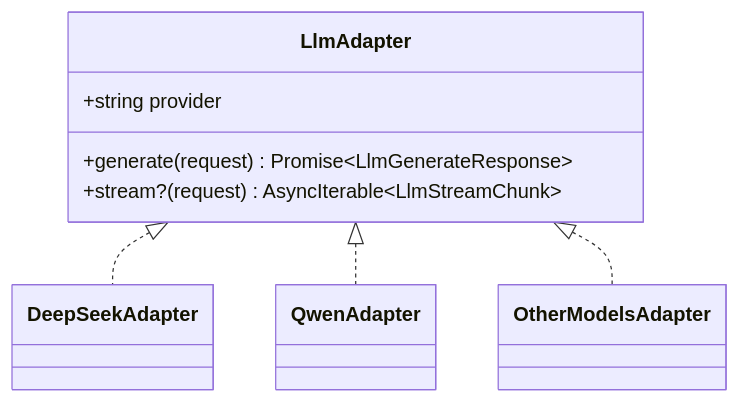
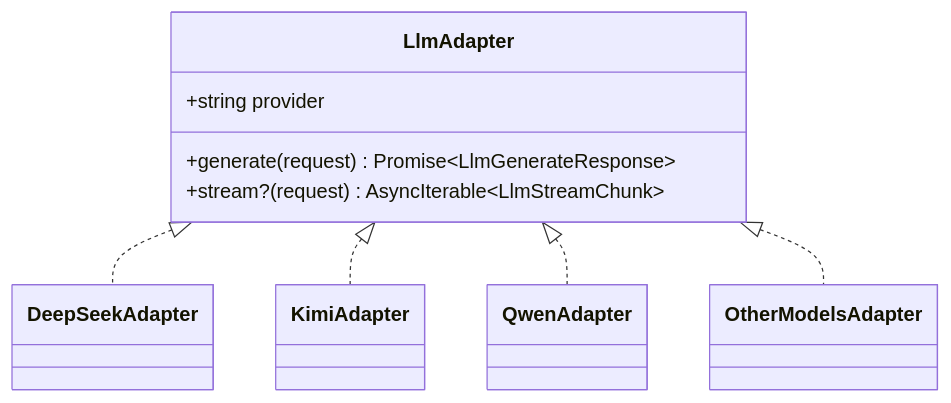
Before and after one commit to MrXujiang/ApexForge: the fourth of 11 diagrams in .qoder/repowiki/zh/content/核心功能模块/AI 生成引擎/AI 生成引擎.md, drawn with Mermaid. The commit also changed other lines of this file and 84 other files, not shown here.

````diff
--- a/.qoder/repowiki/zh/content/核心功能模块/AI 生成引擎/AI 生成引擎.md
+++ b/.qoder/repowiki/zh/content/核心功能模块/AI 生成引擎/AI 生成引擎.md
@@ -132,14 +166,16 @@
 ```mermaid
 classDiagram
 class LlmAdapter {
 +string provider
 +generate(request) Promise~LlmGenerateResponse~
 +stream?(request) AsyncIterable~LlmStreamChunk~
 }
 class DeepSeekAdapter
+class KimiAdapter
 class QwenAdapter
 class OtherModelsAdapter
 LlmAdapter <|.. DeepSeekAdapter
+LlmAdapter <|.. KimiAdapter
 LlmAdapter <|.. QwenAdapter
 LlmAdapter <|.. OtherModelsAdapter
 ```
````
